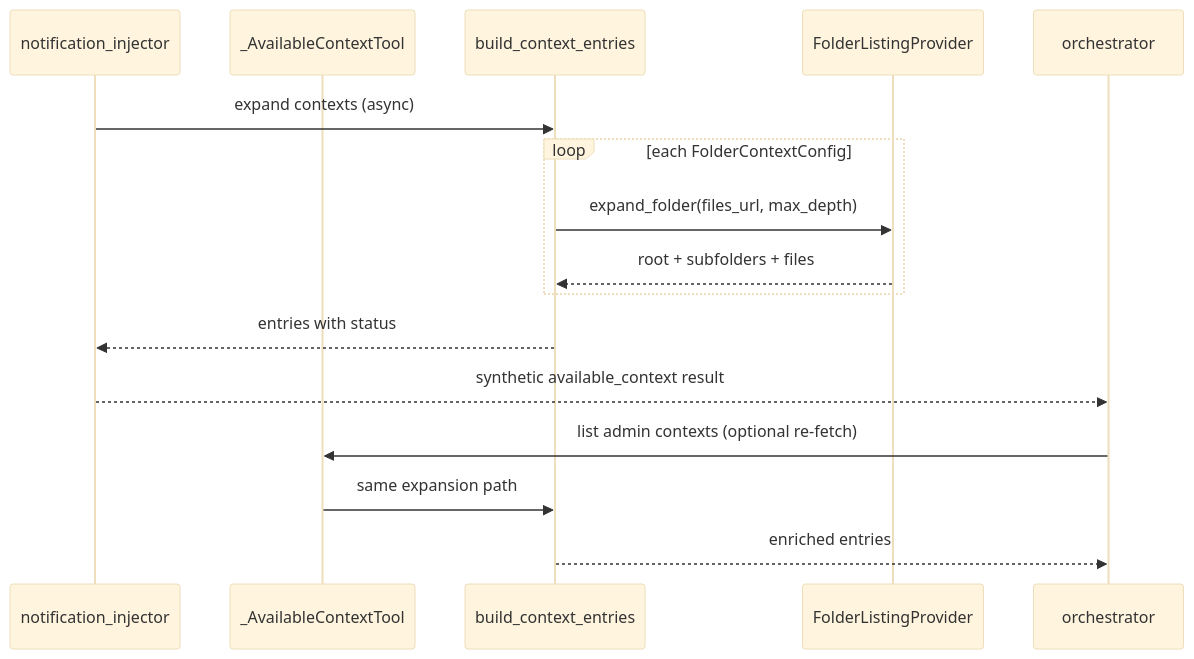
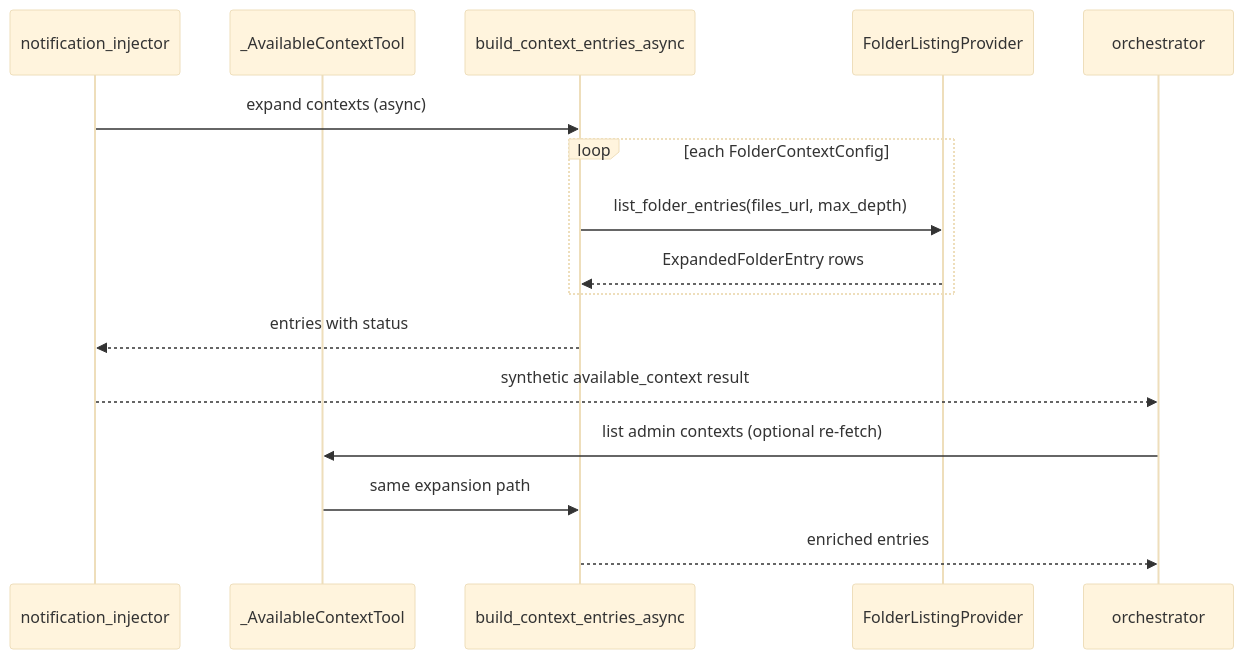
Before and after one commit to epam/ai-dial-quickapps-backend: the first of 2 diagrams in docs/designs/folder_context.md, drawn with Mermaid (base theme). The commit also changed other lines of this file and 10 other files, not shown here.

````diff
--- a/docs/designs/folder_context.md
+++ b/docs/designs/folder_context.md
@@ -146,19 +146,19 @@
 ```mermaid
 sequenceDiagram
   participant Notif as notification_injector
   participant AC as _AvailableContextTool
-  participant BCE as build_context_entries
+  participant BCE as build_context_entries_async
   participant FLP as FolderListingProvider
   participant Orch as orchestrator
 
   Notif->>BCE: expand contexts (async)
   loop each FolderContextConfig
-    BCE->>FLP: expand_folder(files_url, max_depth)
-    FLP-->>BCE: root + subfolders + files
+    BCE->>FLP: list_folder_entries(files_url, max_depth)
+    FLP-->>BCE: ExpandedFolderEntry rows
   end
   BCE-->>Notif: entries with status
   Notif-->>Orch: synthetic available_context result
   Orch->>AC: list admin contexts (optional re-fetch)
   AC->>BCE: same expansion path
   BCE-->>Orch: enriched entries
 ```
````
